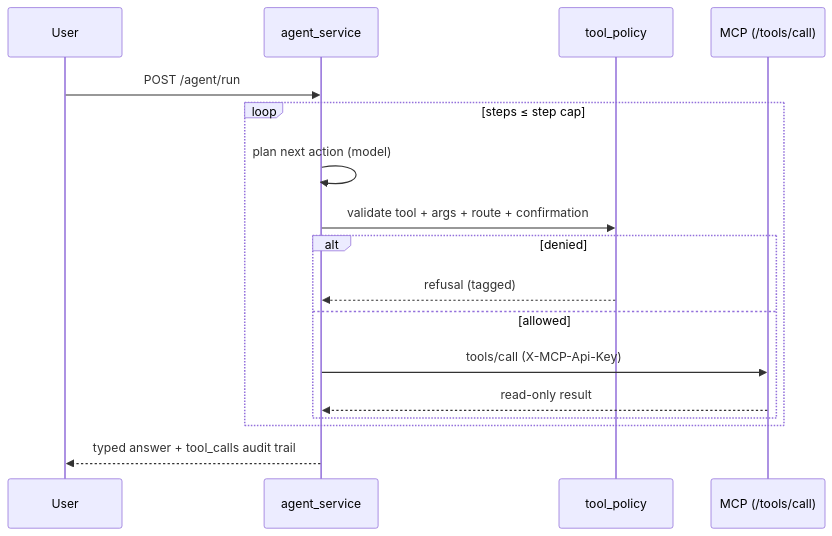
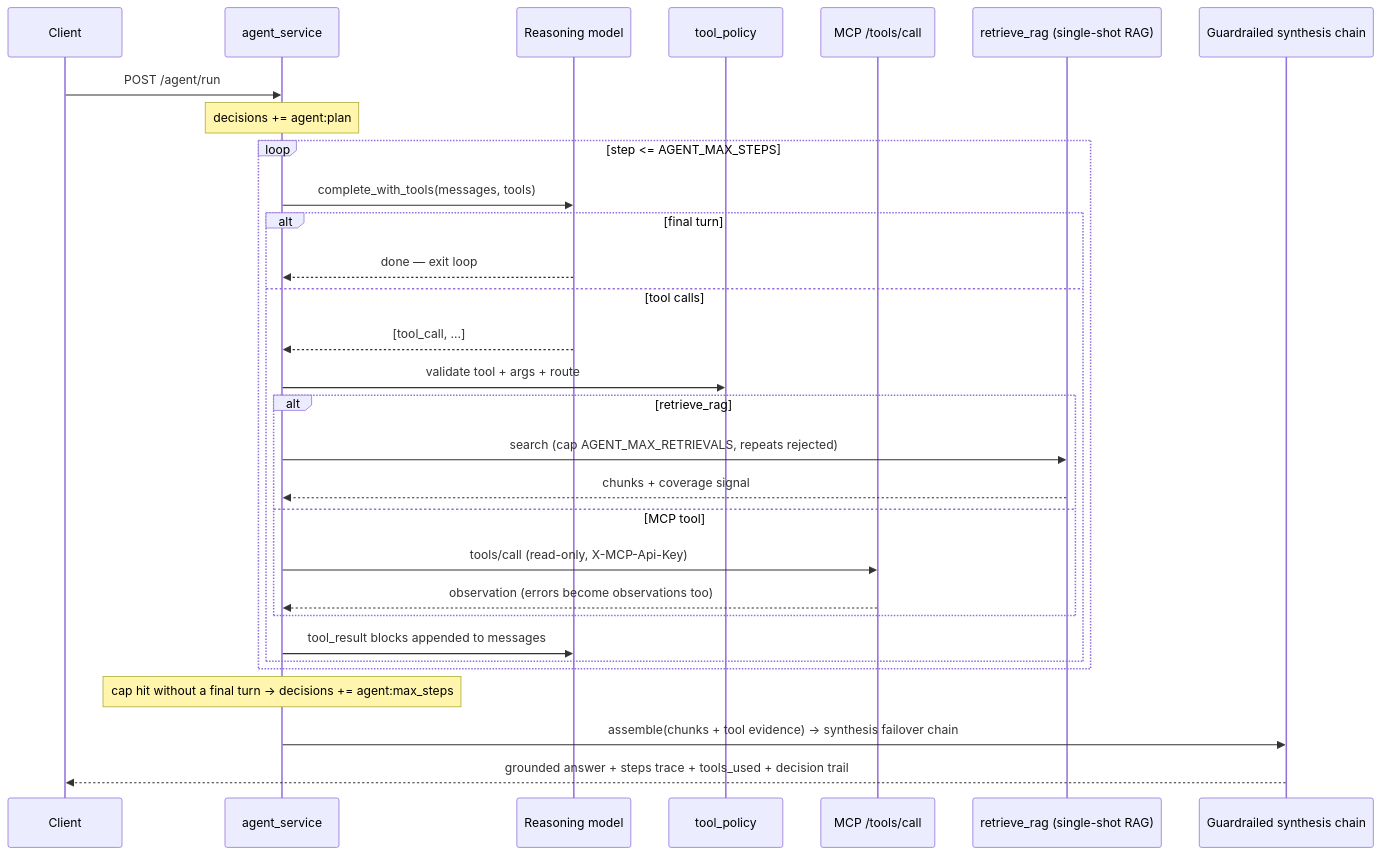
The ninth of 17 diagrams in ShipSmart-API/README.md (nia194/ShipSmart), drawn with Mermaid before and after one commit. The commit also changed other lines of this file and 1 other file, not shown here.

Commit message:
Sync ShipSmart-API mirror: README orchestration taxonomy (multi-step agentic vs deterministic)

````diff
--- a/ShipSmart-API/README.md
+++ b/ShipSmart-API/README.md
@@ -331,19 +411,32 @@
 ```mermaid
 sequenceDiagram
-    participant U as User
+    participant C as Client
     participant AG as agent_service
+    participant RM as Reasoning model
     participant TP as tool_policy
-    participant MC as MCP (/tools/call)
-    U->>AG: POST /agent/run
-    loop steps ≤ step cap
-        AG->>AG: plan next action (model)
-        AG->>TP: validate tool + args + route + confirmation
-        alt denied
-            TP-->>AG: refusal (tagged)
-        else allowed
-            AG->>MC: tools/call (X-MCP-Api-Key)
-            MC-->>AG: read-only result
+    participant MC as MCP /tools/call
+    participant RG as retrieve_rag (single-shot RAG)
+    participant SY as Guardrailed synthesis chain
+    C->>AG: POST /agent/run
+    Note over AG: decisions += agent:plan
+    loop step <= AGENT_MAX_STEPS
+        AG->>RM: complete_with_tools(messages, tools)
+        alt final turn
+            RM-->>AG: done — exit loop
+        else tool calls
+            RM-->>AG: [tool_call, ...]
+            AG->>TP: validate tool + args + route
+            alt retrieve_rag
+                AG->>RG: search (cap AGENT_MAX_RETRIEVALS, repeats rejected)
+                RG-->>AG: chunks + coverage signal
+            else MCP tool
+                AG->>MC: tools/call (read-only, X-MCP-Api-Key)
+                MC-->>AG: observation (errors become observations too)
+            end
+            AG->>RM: tool_result blocks appended to messages
         end
     end
-    AG-->>U: typed answer + tool_calls audit trail
+    Note over AG: cap hit without a final turn -> decisions += agent:max_steps
+    AG->>SY: assemble(chunks + tool evidence) -> synthesis failover chain
+    SY-->>C: grounded answer + steps trace + tools_used + decision trail
 ```
````
